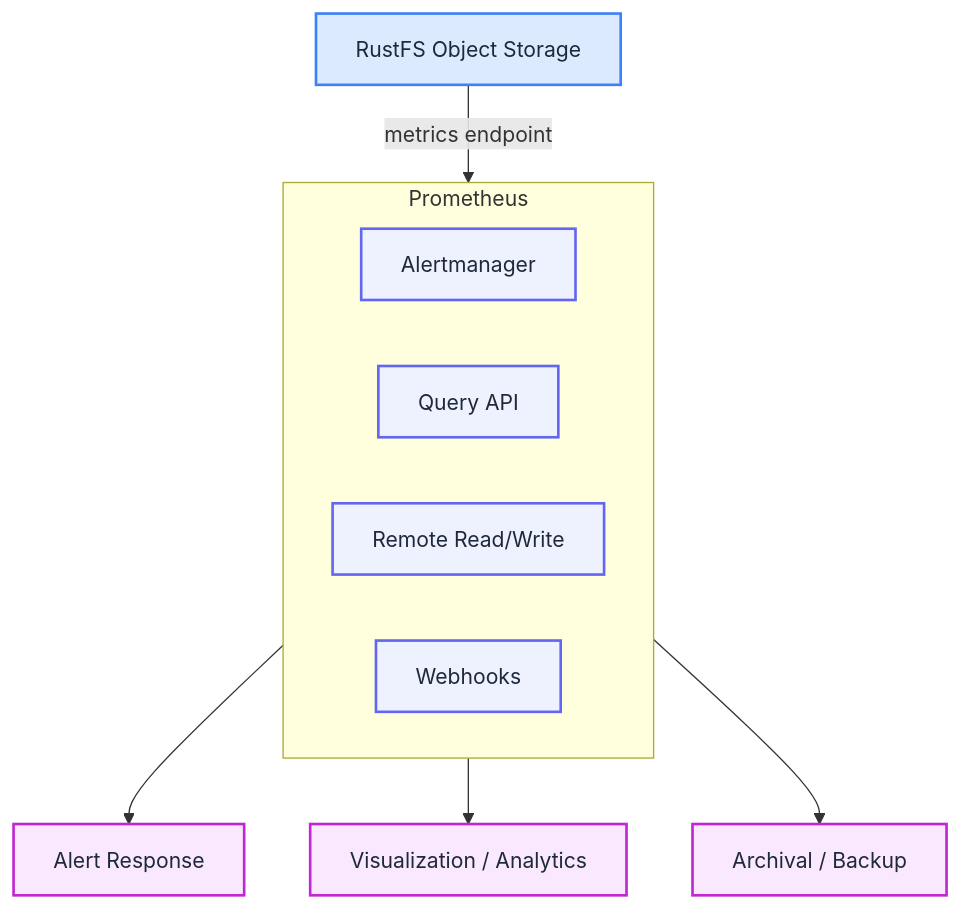
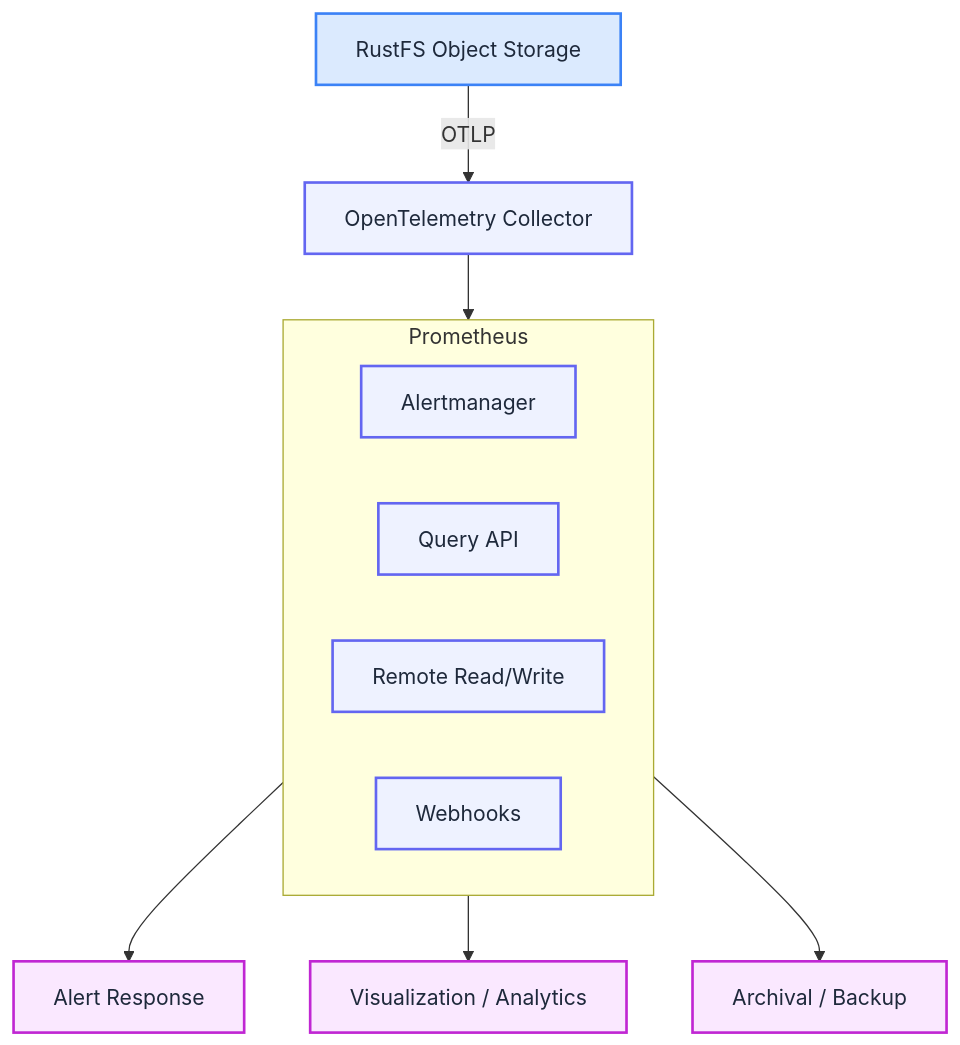
The first of 2 diagrams in content/features/logging/index.md (rustfs/docs.rustfs.com), drawn with Mermaid before and after one commit. The commit also changed other lines of this file and 25 other files, not shown here.

````diff
--- a/content/features/logging/index.md
+++ b/content/features/logging/index.md
@@ -40,23 +34,25 @@
 ```mermaid
 flowchart TD
   RUSTFS["RustFS Object Storage"]
+  OTEL["OpenTelemetry Collector"]
   subgraph PROM["Prometheus"]
     AM[Alertmanager]
     QA["Query API"]
     RRW["Remote Read/Write"]
     WH[Webhooks]
   end
   AR["Alert Response"]
   VA["Visualization / Analytics"]
   AB["Archival / Backup"]
-  RUSTFS -->|metrics endpoint| PROM
+  RUSTFS -->|OTLP| OTEL
+  OTEL --> PROM
   PROM --> AR
   PROM --> VA
   PROM --> AB
   classDef server fill:#dbeafe,stroke:#3b82f6,stroke-width:2px,color:#1e293b;
   classDef svc fill:#eef2ff,stroke:#6366f1,stroke-width:2px,color:#1e293b;
   classDef accent fill:#fae8ff,stroke:#c026d3,stroke-width:2px,color:#1e293b;
   class RUSTFS server
-  class AM,QA,RRW,WH svc
+  class OTEL,AM,QA,RRW,WH svc
   class AR,VA,AB accent
 ```
````
